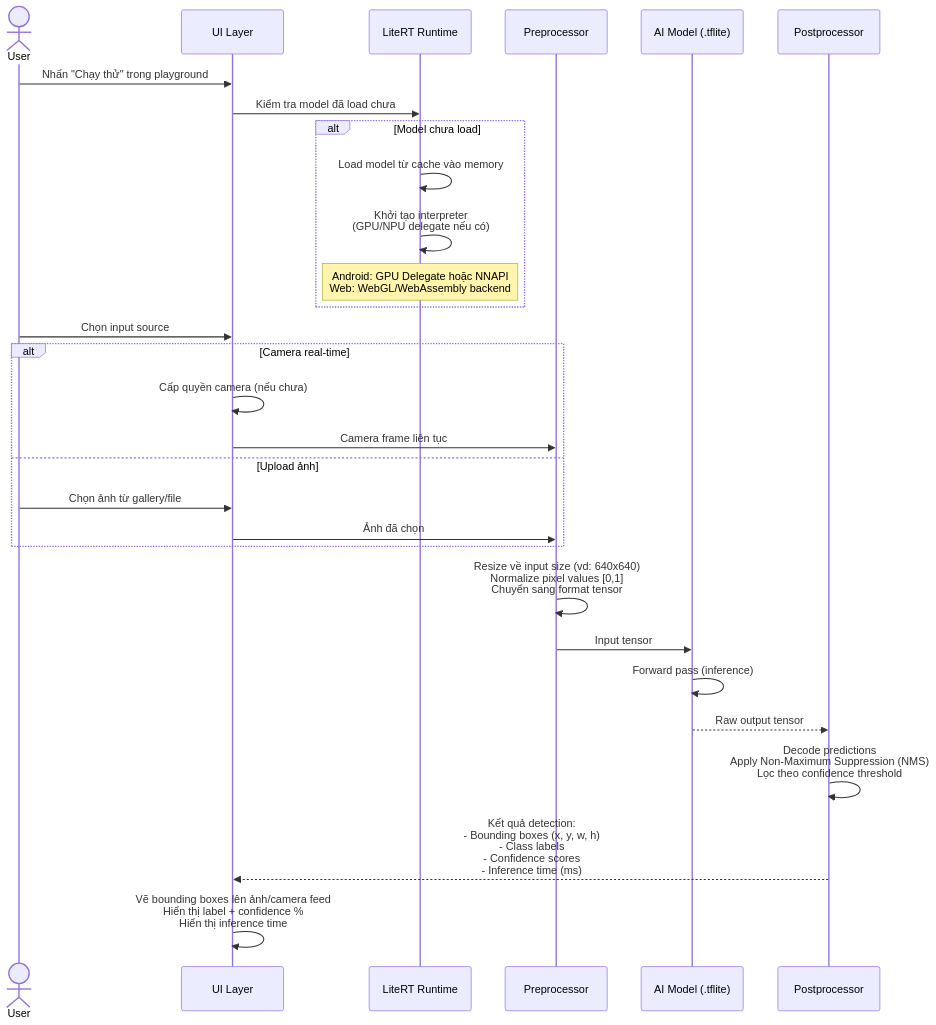
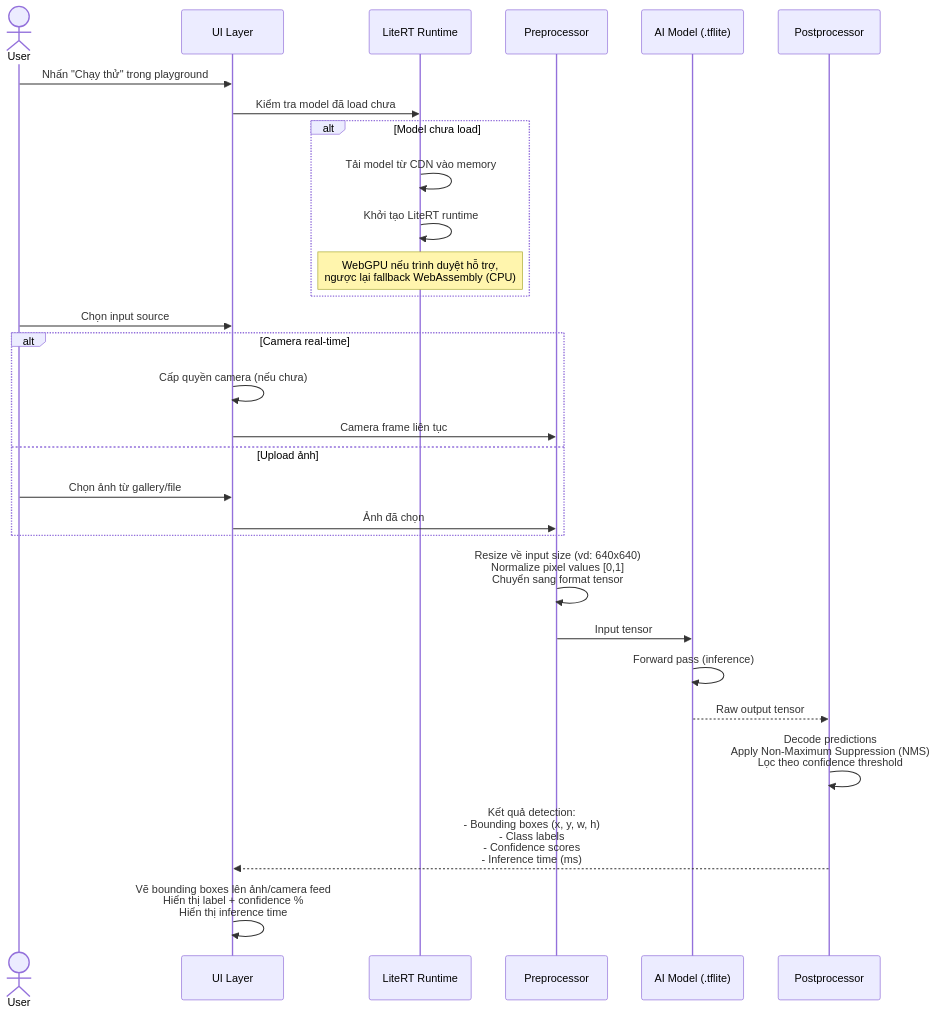
The fourth of 5 diagrams in docs/design/architecture.md (iAmHieu2012/Sequoia), drawn with Mermaid before and after one commit. The commit also changed other lines of this file and 6 other files, not shown here.

````diff
--- a/docs/design/architecture.md
+++ b/docs/design/architecture.md
@@ -182,41 +171,41 @@
 ```mermaid
 sequenceDiagram
     actor User
     participant UI as UI Layer
     participant Runtime as LiteRT Runtime
     participant Preprocessor as Preprocessor
     participant Model as AI Model (.tflite)
     participant Postprocessor as Postprocessor
 
     User->>UI: Nhấn "Chạy thử" trong playground
     
     UI->>Runtime: Kiểm tra model đã load chưa
     
     alt Model chưa load
-        Runtime->>Runtime: Load model từ cache vào memory
-        Runtime->>Runtime: Khởi tạo interpreter<br/>(GPU/NPU delegate nếu có)
-        Note over Runtime: Android: GPU Delegate hoặc NNAPI<br/>Web: WebGL/WebAssembly backend
+        Runtime->>Runtime: Tải model từ CDN vào memory
+        Runtime->>Runtime: Khởi tạo LiteRT runtime
+        Note over Runtime: WebGPU nếu trình duyệt hỗ trợ,<br/>ngược lại fallback WebAssembly (CPU)
     end
 
     User->>UI: Chọn input source
     
     alt Camera real-time
         UI->>UI: Cấp quyền camera (nếu chưa)
         UI->>Preprocessor: Camera frame liên tục
     else Upload ảnh
         User->>UI: Chọn ảnh từ gallery/file
         UI->>Preprocessor: Ảnh đã chọn
     end
 
     Preprocessor->>Preprocessor: Resize về input size (vd: 640x640)<br/>Normalize pixel values [0,1]<br/>Chuyển sang format tensor
 
     Preprocessor->>Model: Input tensor
     Model->>Model: Forward pass (inference)
     Model-->>Postprocessor: Raw output tensor
 
     Postprocessor->>Postprocessor: Decode predictions<br/>Apply Non-Maximum Suppression (NMS)<br/>Lọc theo confidence threshold
 
     Postprocessor-->>UI: Kết quả detection:<br/>- Bounding boxes (x, y, w, h)<br/>- Class labels<br/>- Confidence scores<br/>- Inference time (ms)
 
     UI->>UI: Vẽ bounding boxes lên ảnh/camera feed<br/>Hiển thị label + confidence %<br/>Hiển thị inference time
 ```
````
